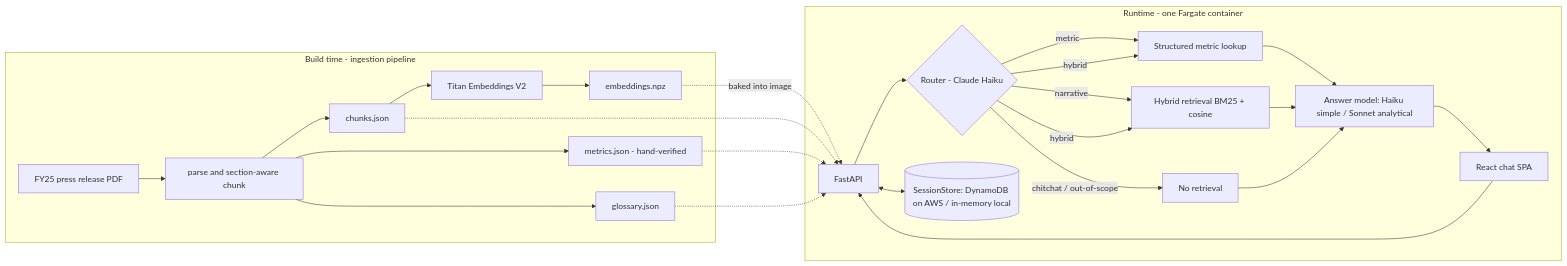
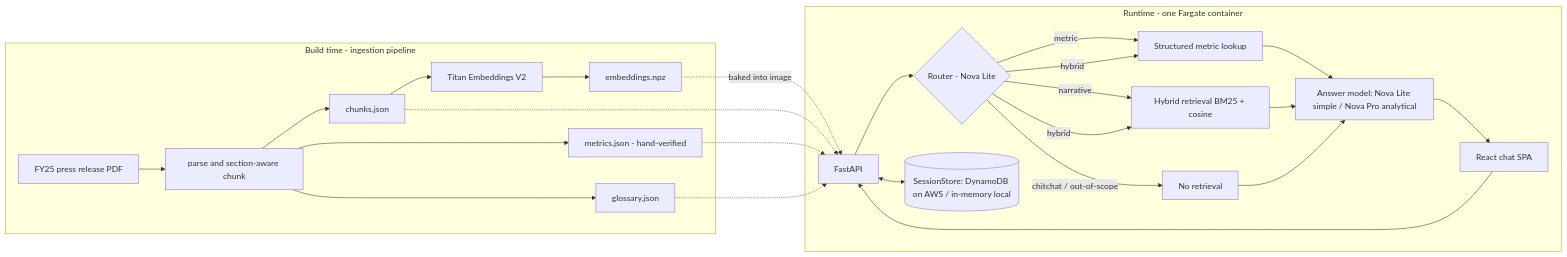
One commit to ngotoandev/tcb-fy25-chatbot changed the diagram in README.md. Above: the diagram before and after it, drawn with Mermaid. The commit also changed 1 other file, not shown here.

Commit message:
docs: switch model narrative from Claude to Amazon Nova (account-gate constraint)
README.md and SOLUTION.md now describe the Nova Lite (router + simple) /
Nova Pro (analytical) tiering that backend/app/config.py already defaults
to, with updated Bedrock pricing throughout SOLUTION.md's model-efficiency
section. Adds the account-wide Bedrock inference-activation-gate story
(Nova, Titan, and Claude all blocked account-wide, not per-model) as the
honest reason the default model family is Nova rather than Claude, while
noting the model IDs are plain Settings fields so Claude remains a
one-env-var swap. No code, golden.yaml, design spec, or plan doc touched.

````diff
--- a/README.md
+++ b/README.md
@@ -47,29 +47,29 @@
 ```mermaid
 flowchart LR
     subgraph buildtime [Build time - ingestion pipeline]
         PDF[FY25 press release PDF] --> P[parse and section-aware chunk]
         P --> C[chunks.json]
         P --> M[metrics.json - hand-verified]
         P --> G[glossary.json]
         C --> E[Titan Embeddings V2] --> V[embeddings.npz]
     end
 
     subgraph runtime [Runtime - one Fargate container]
         UI[React chat SPA] --> API[FastAPI]
-        API --> R{Router - Claude Haiku}
+        API --> R{Router - Nova Lite}
         R -->|metric| MS[Structured metric lookup]
         R -->|narrative| H[Hybrid retrieval BM25 + cosine]
         R -->|hybrid| MS & H
         R -->|chitchat / out-of-scope| DIRECT[No retrieval]
-        MS --> A[Answer model: Haiku simple / Sonnet analytical]
+        MS --> A[Answer model: Nova Lite simple / Nova Pro analytical]
         H --> A
         DIRECT --> A
         A --> UI
         API <--> S[(SessionStore: DynamoDB on AWS / in-memory local)]
     end
 
     V -.baked into image.-> API
     C -.-> API
     M -.-> API
     G -.-> API
 ```
````
